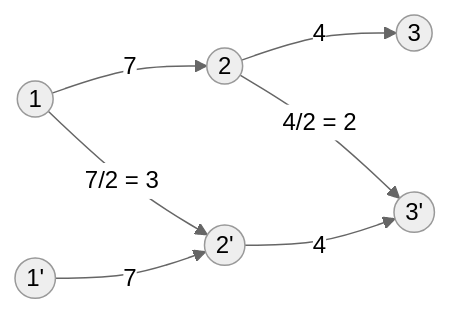
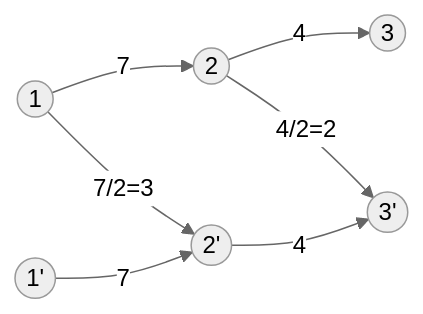
The fourth of 5 diagrams in _posts/2023-11-23-graph.md (almeidaraul/almeidaraul.github.io), drawn with Mermaid (neutral theme) before and after one commit. The commit also changed other lines of this file, not shown here.

Commit message:
changes to graph trick

```diff
--- a/_posts/2023-11-23-graph.md
+++ b/_posts/2023-11-23-graph.md
@@ -171,9 +181,9 @@
 {% mermaid %}
 graph LR
     id1((1))  -->|7| id2((2))
     id2((2))  -->|4| id3((3))
     id11((1')) -->|7| id21((2'))
     id21((2')) -->|4| id31((3'))
-    id1((1))  -->|7/2 = 3| id21((2'))
-    id2((2))  -->|4/2 = 2| id31((3'))
+    id1((1))  -->|7/2=3| id21((2'))
+    id2((2))  -->|4/2=2| id31((3'))
 {% endmermaid %}
```
